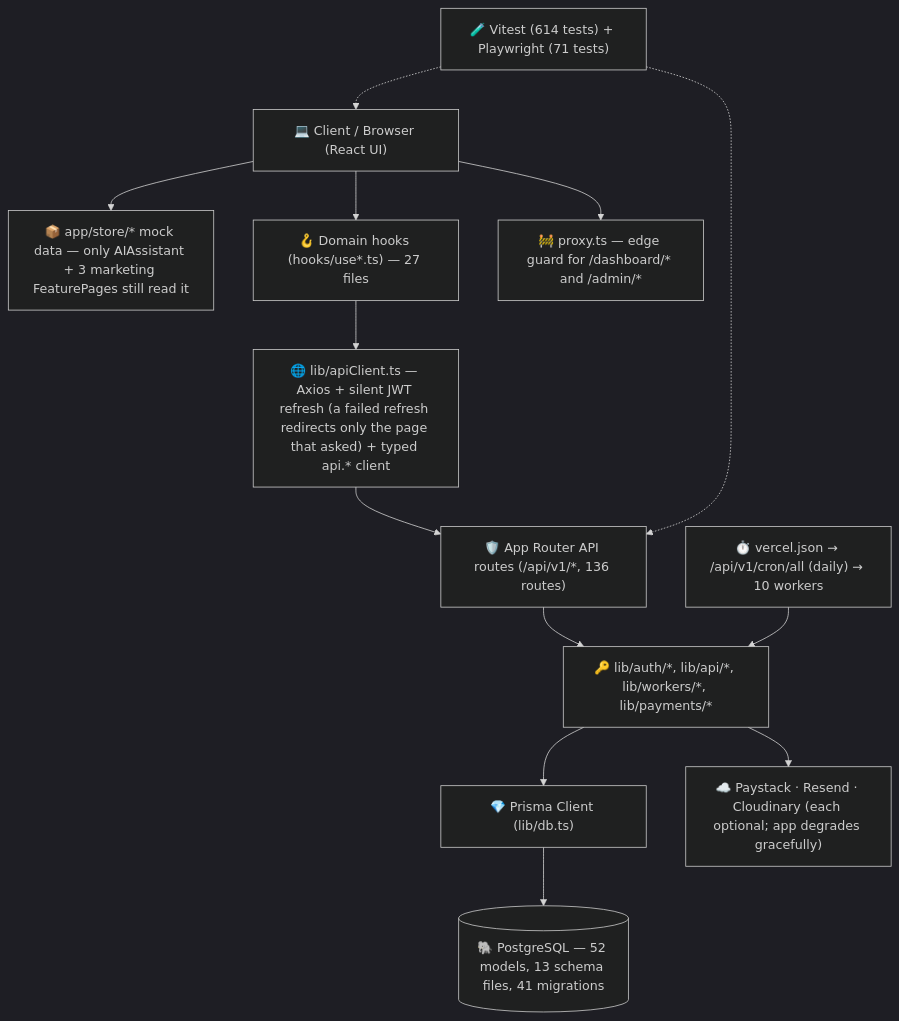
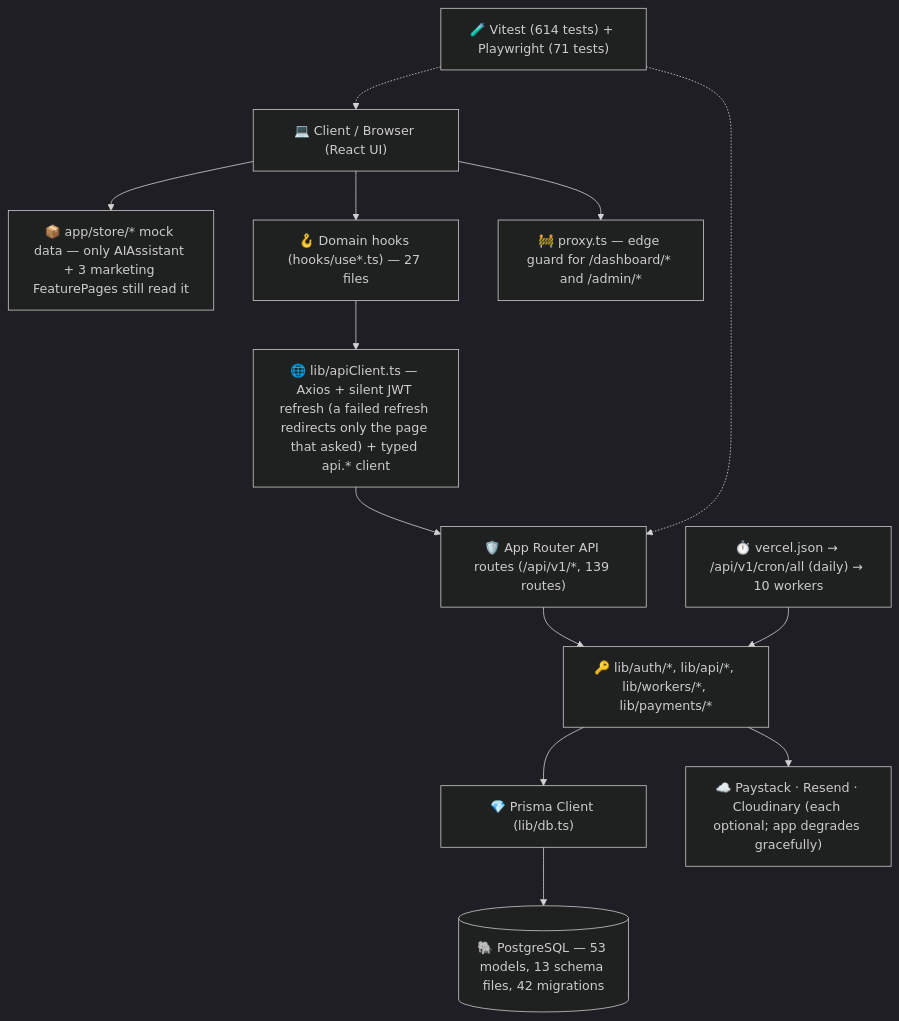
Before and after one commit to Proplity/proplity: the diagram in PROJECT_STRUCTURE.md, drawn with Mermaid (dark theme). The commit also changed other lines of this file and 30 other files, not shown here.

````diff
--- a/PROJECT_STRUCTURE.md
+++ b/PROJECT_STRUCTURE.md
@@ -11,28 +11,28 @@
 ```mermaid
 graph TD
     Client["💻 Client / Browser (React UI)"]
     Store["📦 app/store/* mock data — only AIAssistant + 3 marketing FeaturePages still read it"]
     Hooks["🪝 Domain hooks (hooks/use*.ts) — 27 files"]
     ApiClient["🌐 lib/apiClient.ts — Axios + silent JWT refresh (a failed refresh redirects only the page that asked) + typed api.* client"]
     Proxy["🚧 proxy.ts — edge guard for /dashboard/* and /admin/*"]
-    NextApi["🛡️ App Router API routes (/api/v1/*, 136 routes)"]
+    NextApi["🛡️ App Router API routes (/api/v1/*, 139 routes)"]
     LibCore["🔑 lib/auth/*, lib/api/*, lib/workers/*, lib/payments/*"]
     PrismaClient["💎 Prisma Client (lib/db.ts)"]
-    Postgres[("🐘 PostgreSQL — 52 models, 13 schema files, 41 migrations")]
+    Postgres[("🐘 PostgreSQL — 53 models, 13 schema files, 42 migrations")]
     Cron["⏱️ vercel.json → /api/v1/cron/all (daily) → 10 workers"]
     Ext["☁️ Paystack · Resend · Cloudinary (each optional; app degrades gracefully)"]
     Tests["🧪 Vitest (614 tests) + Playwright (71 tests)"]
 
     Client --> Store
     Client --> Proxy
     Client --> Hooks
     Hooks --> ApiClient
     ApiClient --> NextApi
     NextApi --> LibCore
     LibCore --> PrismaClient
     LibCore --> Ext
     Cron --> LibCore
     PrismaClient --> Postgres
     Tests -.-> NextApi
     Tests -.-> Client
 ```
````
